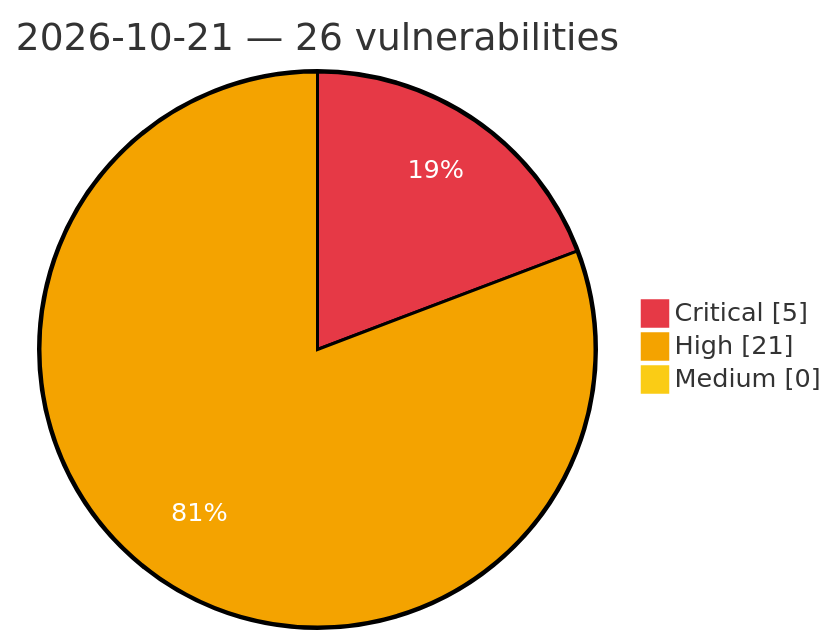
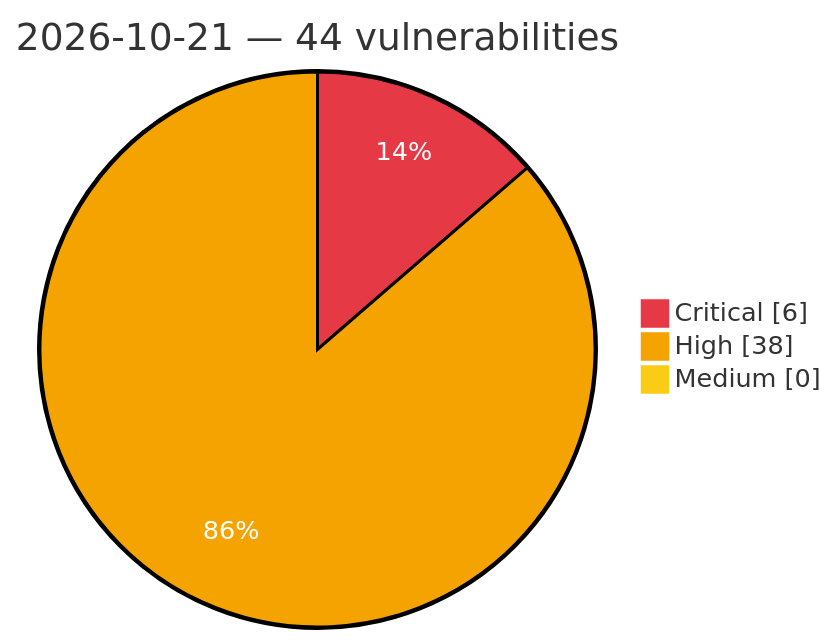
The diagram in vulnerabilities/2026/October/2026-10-21.md (GhostX0X/vuln-tracker), drawn with Mermaid before and after one commit. The commit also changed other lines of this file and 5 other files, not shown here.

Commit message:
Auto update: critical/high vulns (2026-10-21 14:20 UTC)

````diff
--- a/vulnerabilities/2026/October/2026-10-21.md
+++ b/vulnerabilities/2026/October/2026-10-21.md
@@ -3,8 +3,8 @@
 ```mermaid
 %%{init: {'theme':'base', 'themeVariables': {'pie1':'#e63946', 'pie2':'#f4a300', 'pie3':'#facc15', 'pieOpacity':'1', 'pieOuterStrokeWidth':'2px', 'pieSectionTextColor':'#ffffff'}}}%%
 pie showData
-    title 2026-10-21 — 26 vulnerabilities
-    "Critical" : 5
-    "High" : 21
+    title 2026-10-21 — 44 vulnerabilities
+    "Critical" : 6
+    "High" : 38
     "Medium" : 0
 ```
````
